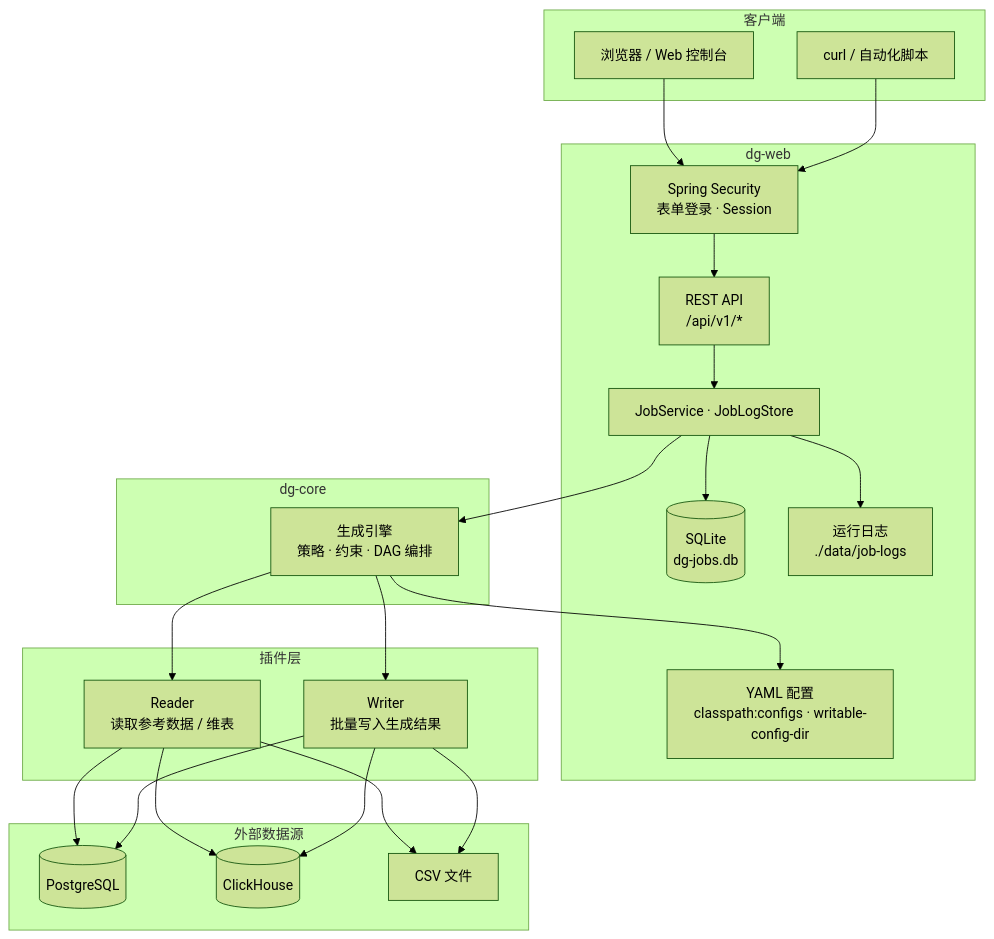
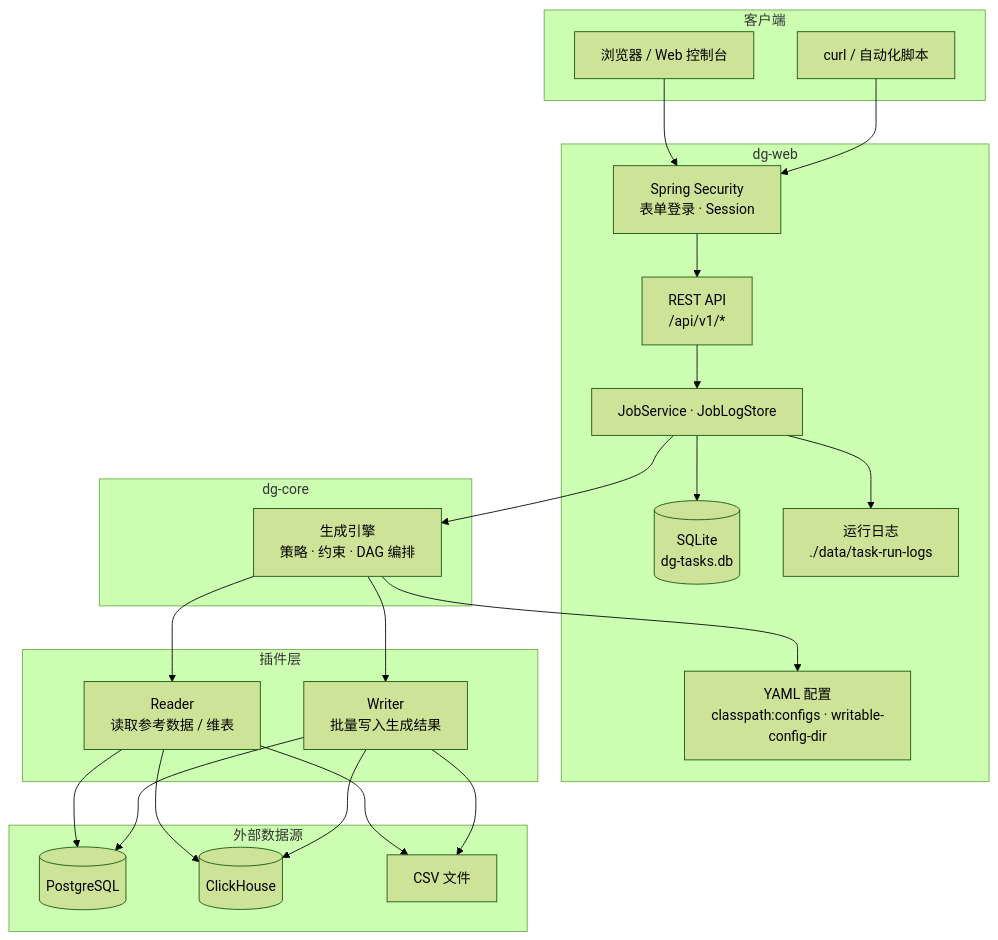
The second of 2 diagrams in README.md (sleetzxy/data-generator), drawn with Mermaid (forest theme) before and after one commit. The commit also changed other lines of this file and 212 other files, not shown here.

````diff
--- a/README.md
+++ b/README.md
@@ -67,48 +67,48 @@
 ```mermaid
 flowchart TB
     subgraph 客户端
         browser["浏览器 / Web 控制台"]
         script["curl / 自动化脚本"]
     end
 
     subgraph dg-web
         auth["Spring Security<br/>表单登录 · Session"]
         api["REST API<br/>/api/v1/*"]
         svc["JobService · JobLogStore"]
-        sqlite[("SQLite<br/>dg-jobs.db")]
-        logfiles["运行日志<br/>./data/job-logs"]
+        sqlite[("SQLite<br/>dg-tasks.db")]
+        logfiles["运行日志<br/>./data/task-run-logs"]
         yaml["YAML 配置<br/>classpath:configs · writable-config-dir"]
     end
 
     subgraph dg-core
         engine["生成引擎<br/>策略 · 约束 · DAG 编排"]
     end
 
     subgraph 插件层
         reader["Reader<br/>读取参考数据 / 维表"]
         writer["Writer<br/>批量写入生成结果"]
     end
 
     subgraph 外部数据源
         pg[("PostgreSQL")]
         ch[("ClickHouse")]
         csv["CSV 文件"]
     end
 
     browser --> auth
     script --> auth
     auth --> api
     api --> svc
     svc --> sqlite
     svc --> logfiles
     svc --> engine
     engine --> yaml
     engine --> reader
     engine --> writer
     reader --> pg
     reader --> ch
     reader --> csv
     writer --> pg
     writer --> ch
     writer --> csv
 ```
````
